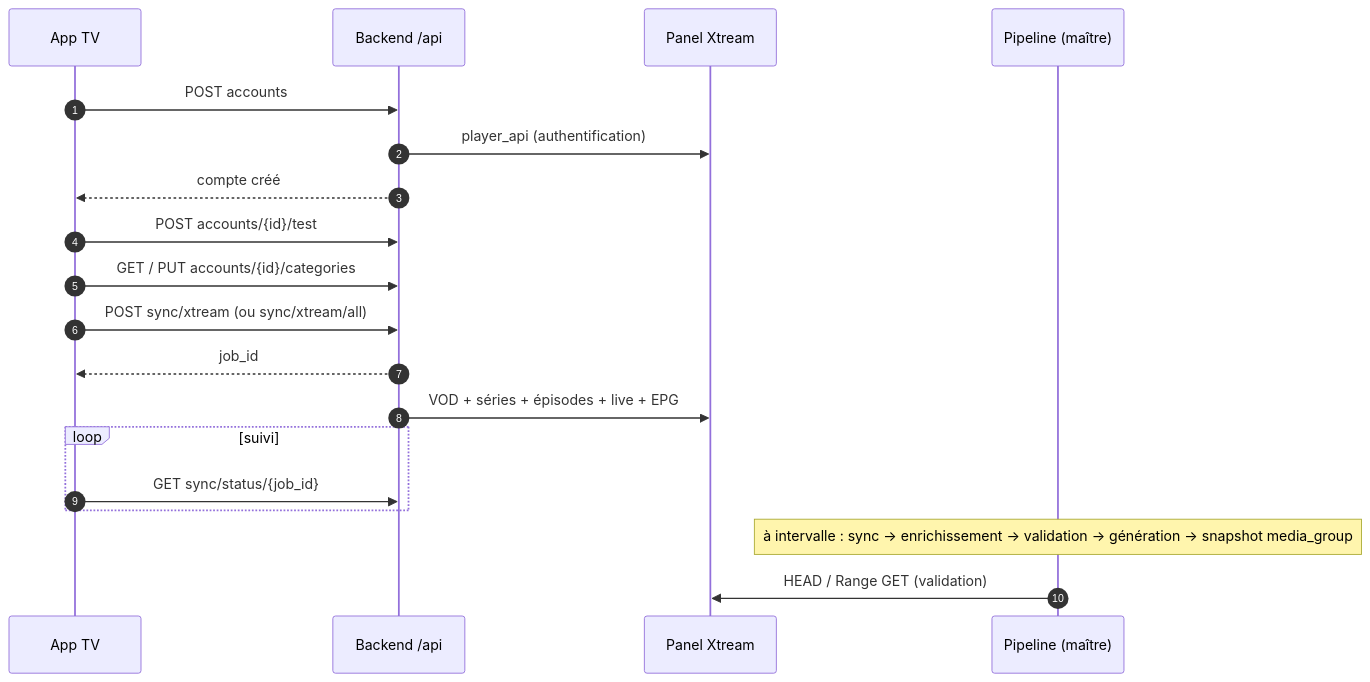
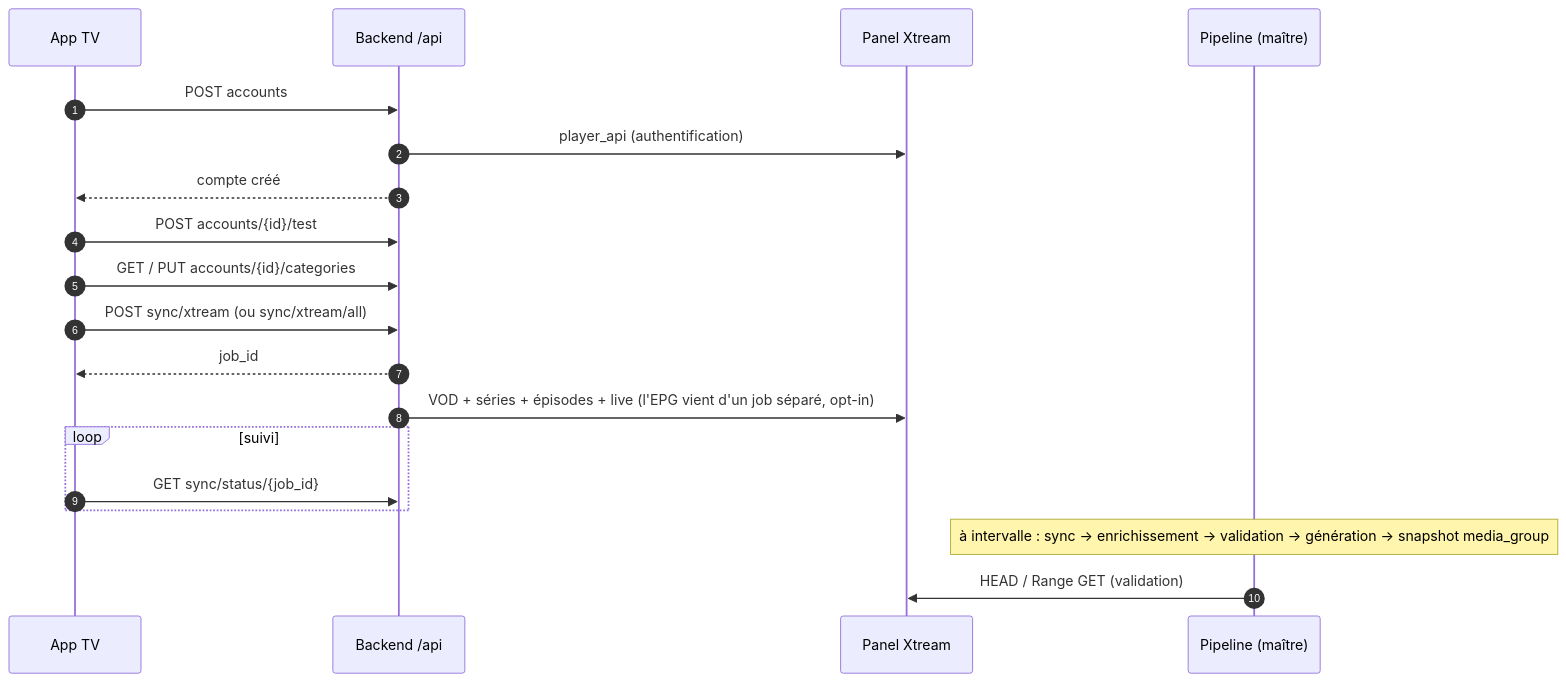
One commit to ChakirHamzaChahid/Plexhub-Backend changed the second of 7 diagrams in docs/retro-spec/fonctionnel/00-carte.md. Above: the diagram before and after it, drawn with Mermaid. The commit also changed other lines of this file and 8 other files, not shown here.

````diff
--- a/docs/retro-spec/fonctionnel/00-carte.md
+++ b/docs/retro-spec/fonctionnel/00-carte.md
@@ -114,21 +115,21 @@
 ```mermaid
 sequenceDiagram
     autonumber
     participant TV as App TV
     participant BE as Backend /api
     participant X as Panel Xtream
     participant S as Pipeline (maître)
     TV->>BE: POST accounts
     BE->>X: player_api (authentification)
     BE-->>TV: compte créé
     TV->>BE: POST accounts/{id}/test
     TV->>BE: GET / PUT accounts/{id}/categories
     TV->>BE: POST sync/xtream (ou sync/xtream/all)
     BE-->>TV: job_id
-    BE->>X: VOD + séries + épisodes + live + EPG
+    BE->>X: VOD + séries + épisodes + live (l'EPG vient d'un job séparé, opt-in)
     loop suivi
         TV->>BE: GET sync/status/{job_id}
     end
     Note over S: à intervalle : sync → enrichissement → validation → génération → snapshot media_group
     S->>X: HEAD / Range GET (validation)
 ```
````
